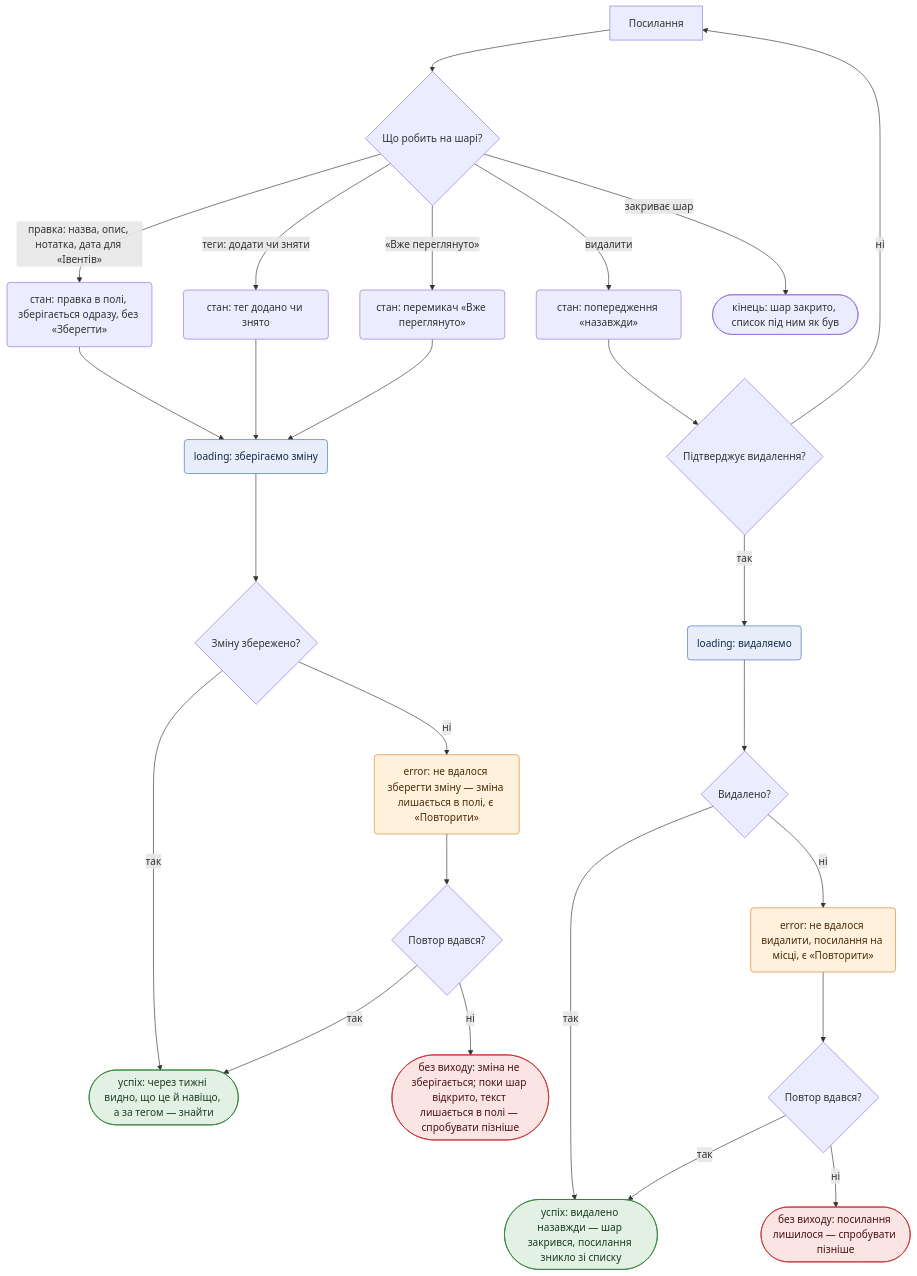
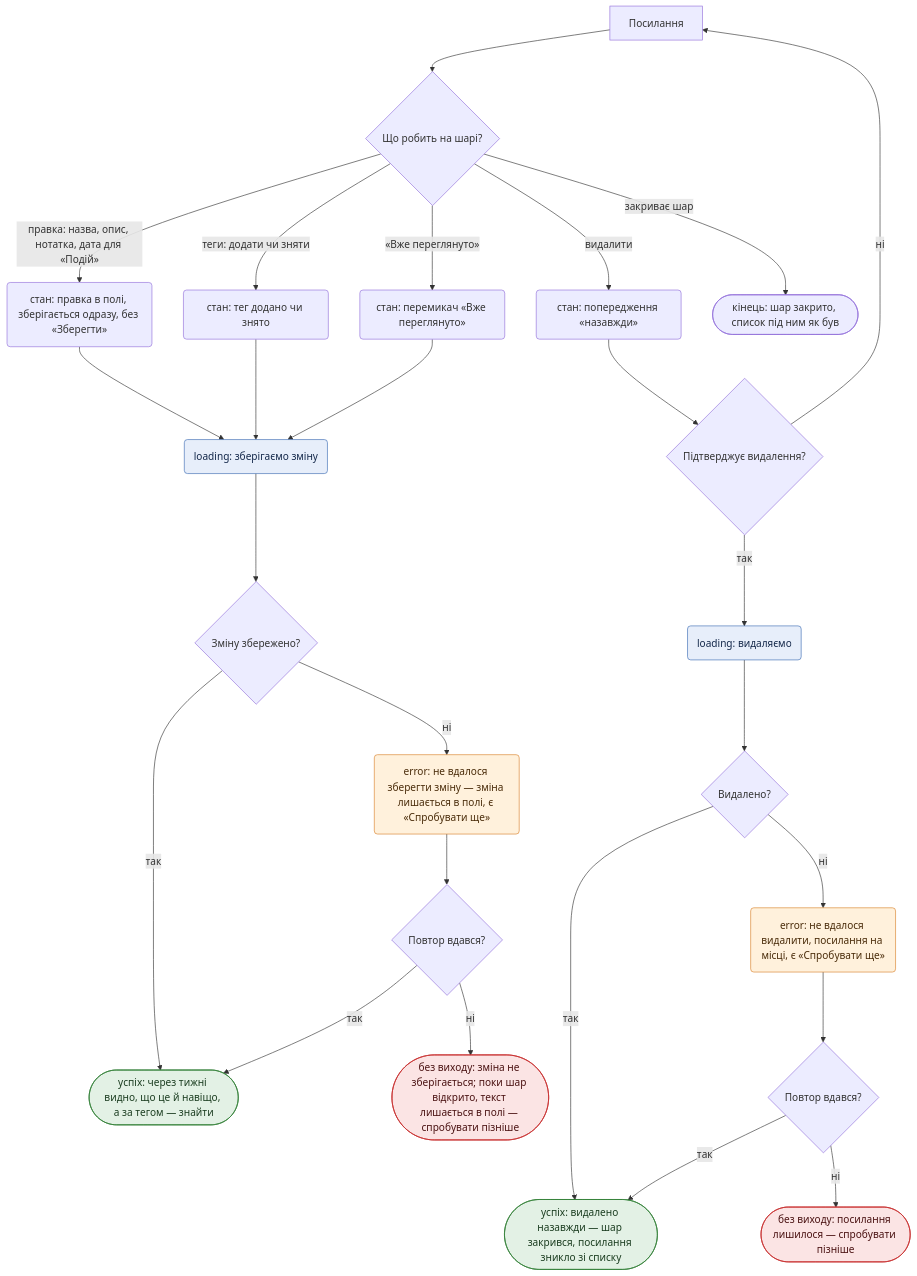
Before and after one commit to OlenaKras95/shukhliada-app: the fourth of 6 diagrams in flows.md, drawn with Mermaid. The commit also changed other lines of this file and 31 other files, not shown here.

````diff
--- a/flows.md
+++ b/flows.md
@@ -483,36 +483,36 @@
 ```mermaid
 flowchart TD
     layer[Посилання] --> dAct{"Що робить на шарі?"}
-    dAct -->|"правка: назва, опис, нотатка, дата для «Івентів»"| edit("стан: правка в полі, зберігається одразу, без «Зберегти»")
+    dAct -->|"правка: назва, опис, нотатка, дата для «Подій»"| edit("стан: правка в полі, зберігається одразу, без «Зберегти»")
     dAct -->|"теги: додати чи зняти"| tags("стан: тег додано чи знято")
     dAct -->|"«Вже переглянуто»"| seen("стан: перемикач «Вже переглянуто»")
     dAct -->|видалити| delWarn("стан: попередження «назавжди»")
     dAct -->|закриває шар| endClose(["кінець: шар закрито, список під ним як був"])
     edit --> saveEdit("loading: зберігаємо зміну")
     tags --> saveEdit
     seen --> saveEdit
     saveEdit --> dEdit{"Зміну збережено?"}
     dEdit -->|так| okEdit(["успіх: через тижні видно, що це й навіщо, а за тегом — знайти"])
-    dEdit -->|ні| errEdit("error: не вдалося зберегти зміну — зміна лишається в полі, є «Повторити»")
+    dEdit -->|ні| errEdit("error: не вдалося зберегти зміну — зміна лишається в полі, є «Спробувати ще»")
     errEdit --> dEditRetry{"Повтор вдався?"}
     dEditRetry -->|так| okEdit
     dEditRetry -->|ні| deadEdit(["без виходу: зміна не зберігається; поки шар відкрито, текст лишається в полі — спробувати пізніше"])
     delWarn --> dDelSure{"Підтверджує видалення?"}
     dDelSure -->|ні| layer
     dDelSure -->|так| deleting("loading: видаляємо")
     deleting --> dDel{"Видалено?"}
     dDel -->|так| okDel(["успіх: видалено назавжди — шар закрився, посилання зникло зі списку"])
-    dDel -->|ні| errDel("error: не вдалося видалити, посилання на місці, є «Повторити»")
+    dDel -->|ні| errDel("error: не вдалося видалити, посилання на місці, є «Спробувати ще»")
     errDel --> dDelRetry{"Повтор вдався?"}
     dDelRetry -->|так| okDel
     dDelRetry -->|ні| deadDel(["без виходу: посилання лишилося — спробувати пізніше"])
 
     classDef cOk fill:#e3f1e5,stroke:#2e7d32,color:#1b3d20
     classDef cDead fill:#fbe4e4,stroke:#c62828,color:#4a1212
     classDef cErr fill:#fff1dc,stroke:#d9822b,color:#4a2c0a
     classDef cLoad fill:#e7eefa,stroke:#3d6db5,color:#14284a
     class okEdit,okDel cOk
     class deadEdit,deadDel cDead
     class errEdit,errDel cErr
     class saveEdit,deleting cLoad
 ```
````
